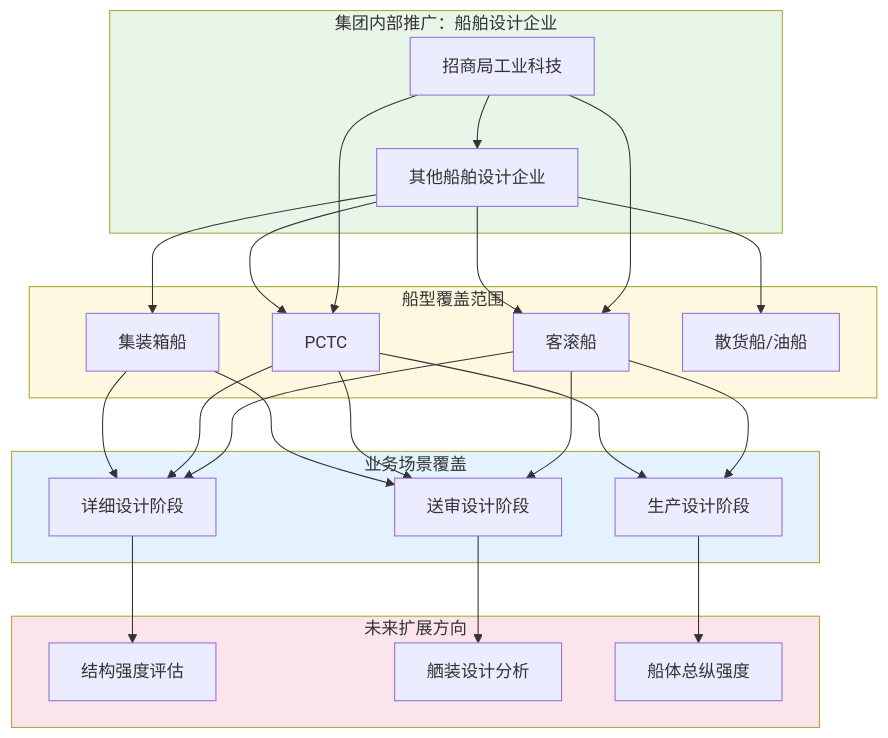
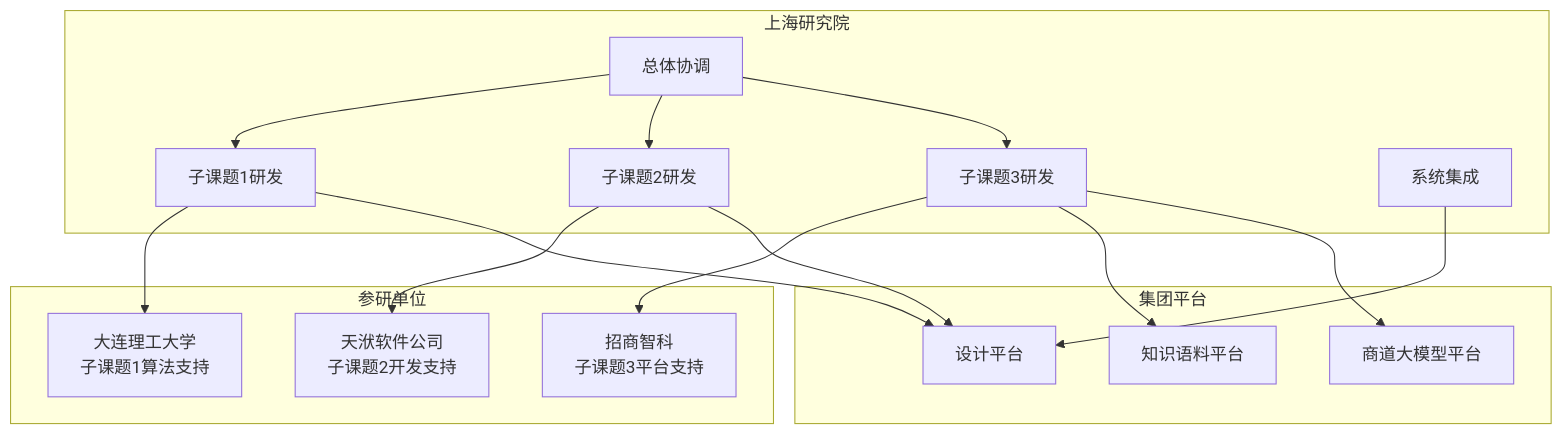
The seventh of 9 diagrams in generated-drafts/zs-test/完整文稿.md (ffgzz/official-doc-skills), drawn with Mermaid before and after one commit. The commit also changed other lines of this file and 53 other files, not shown here.

````diff
--- a/generated-drafts/zs-test/完整文稿.md
+++ b/generated-drafts/zs-test/完整文稿.md
@@ -705,50 +954,34 @@
 ```mermaid
-graph TB
-    subgraph 船舶设计企业["集团内部推广：船舶设计企业"]
-        S1[招商局工业科技]
-        S2[其他船舶设计企业]
+flowchart TB
+    subgraph 牵头单位["上海研究院"]
+        S1[总体协调]
+        S2[子课题1研发]
+        S3[子课题2研发]
+        S4[子课题3研发]
+        S5[系统集成]
     end
     
-    subgraph 船型覆盖["船型覆盖范围"]
-        S3[客滚船]
-        S4[PCTC]
-        S5[集装箱船]
-        S6[散货船/油船]
+    subgraph 参研单位["参研单位"]
+        D1[大连理工大学<br/>子课题1算法支持]
+        T1[天洑软件公司<br/>子课题2开发支持]
+        Z1[招商智科<br/>子课题3平台支持]
     end
     
-    subgraph 业务场景["业务场景覆盖"]
-        S7[详细设计阶段]
-        S8[送审设计阶段]
-        S9[生产设计阶段]
-    end
-    
-    subgraph 扩展方向["未来扩展方向"]
-        S10[结构强度评估]
-        S11[舾装设计分析]
-        S12[船体总纵强度]
+    subgraph 平台["集团平台"]
+        P1[知识语料平台]
+        P2[商道大模型平台]
+        P3[设计平台]
     end
     
     S1 --> S2
     S1 --> S3
     S1 --> S4
-    S2 --> S3
-    S2 --> S4
-    S2 --> S5
-    S2 --> S6
-    S3 --> S7
-    S3 --> S8
-    S3 --> S9
-    S4 --> S7
-    S4 --> S8
-    S4 --> S9
-    S5 --> S7
-    S5 --> S8
-    S7 --> S10
-    S8 --> S11
-    S9 --> S12
-    
-    style 船舶设计企业 fill:#e8f5e9
-    style 船型覆盖 fill:#fff8e1
-    style 业务场景 fill:#e3f2fd
-    style 扩展方向 fill:#fce4ec
+    S2 --> D1
+    S3 --> T1
+    S4 --> Z1
+    S4 --> P1
+    S4 --> P2
+    S2 --> P3
+    S3 --> P3
+    S5 --> P3
 ```
````
